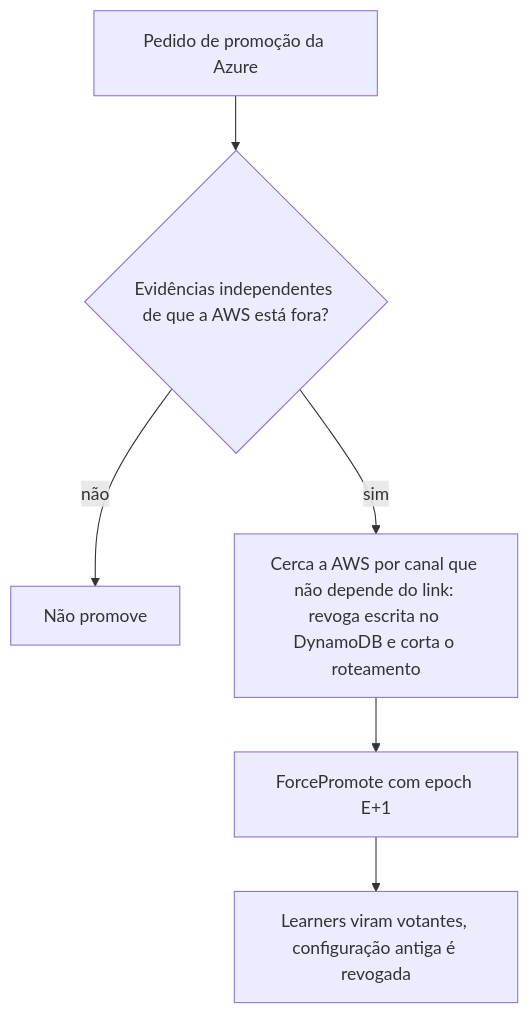
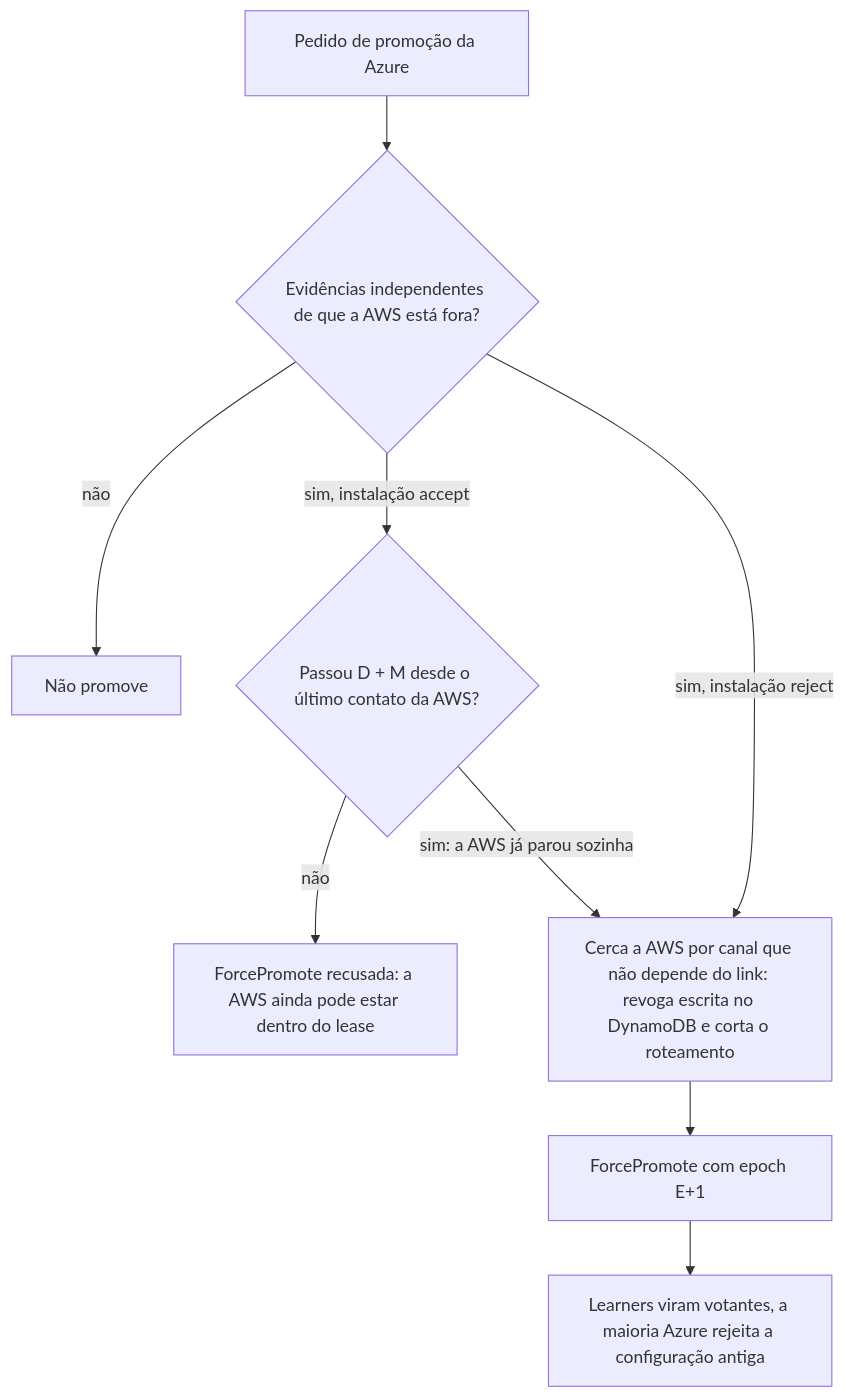
One commit to brbarmex/k changed the diagram in 02_cenarios/a_rever/R12-promocao-com-aws-viva.md. Above: the diagram before and after it, drawn with Mermaid. The commit also changed other lines of this file and 139 other files, not shown here.

````diff
--- a/02_cenarios/a_rever/R12-promocao-com-aws-viva.md
+++ b/02_cenarios/a_rever/R12-promocao-com-aws-viva.md
@@ -13,8 +15,11 @@
 ```mermaid
 flowchart TD
     A["Pedido de promoção da Azure"] --> B{"Evidências independentes de que a AWS está fora?"}
     B -->|"não"| C["Não promove"]
-    B -->|"sim"| D["Cerca a AWS por canal que não depende do link: revoga escrita no DynamoDB e corta o roteamento"]
+    B -->|"sim, instalação accept"| W{"Passou D + M desde o último contato da AWS?"}
+    W -->|"não"| X["ForcePromote recusada: a AWS ainda pode estar dentro do lease"]
+    W -->|"sim: a AWS já parou sozinha"| D["Cerca a AWS por canal que não depende do link: revoga escrita no DynamoDB e corta o roteamento"]
+    B -->|"sim, instalação reject"| D
     D --> E["ForcePromote com epoch E+1"]
-    E --> F["Learners viram votantes, configuração antiga é revogada"]
+    E --> F["Learners viram votantes, a maioria Azure rejeita a configuração antiga"]
 ```
````
